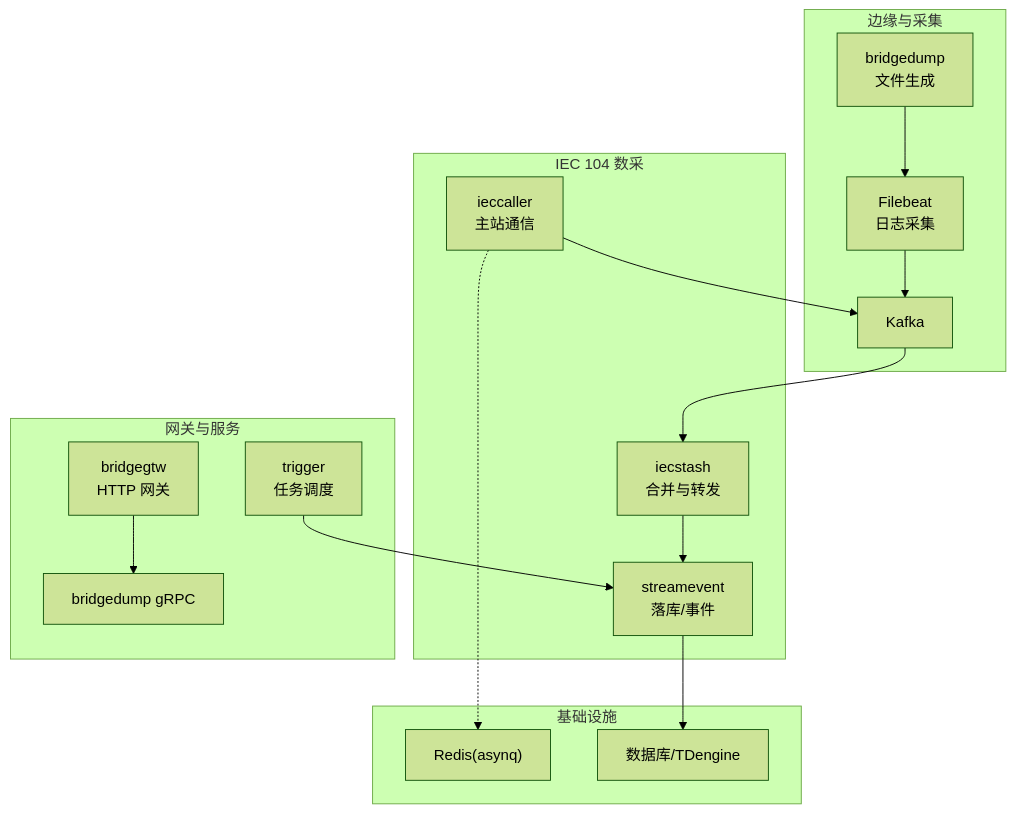
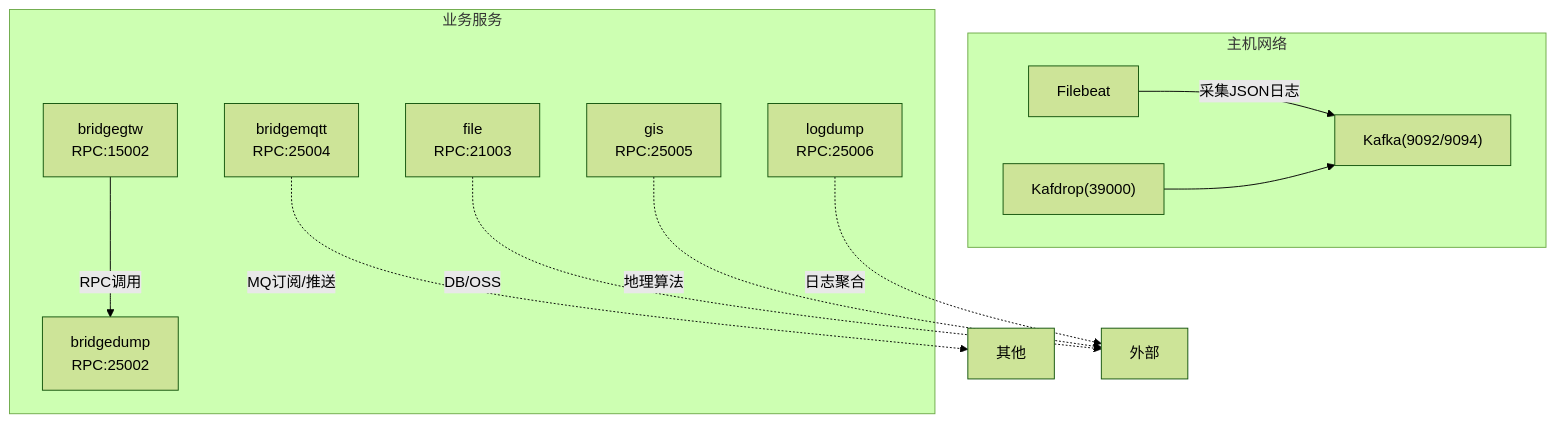
One commit to maomao94/zero-service changed the second of 6 diagrams in .qoder/repowiki/zh/content/部署与运维/部署与运维.md. Above: the diagram before and after it, drawn with Mermaid (forest theme). The commit also changed other lines of this file and 362 other files, not shown here.

````diff
--- a/.qoder/repowiki/zh/content/部署与运维/部署与运维.md
+++ b/.qoder/repowiki/zh/content/部署与运维/部署与运维.md
@@ -86,23 +126,23 @@
 ```mermaid
 graph TB
-subgraph "边缘与采集"
-BD["bridgedump<br/>文件生成"] --> FB["Filebeat<br/>日志采集"]
-FB --> K["Kafka"]
+subgraph "主机网络"
+KAF["Kafka(9092/9094)"]
+KDROP["Kafdrop(39000)"]
+FB["Filebeat"]
 end
-subgraph "IEC 104 数采"
-IC["ieccaller<br/>主站通信"] --> K
-K --> IS["iecstash<br/>合并与转发"]
-IS --> SE["streamevent<br/>落库/事件"]
+subgraph "业务服务"
+BGW["bridgegtw<br/>RPC:15002"]
+BDM["bridgedump<br/>RPC:25002"]
+BMQ["bridgemqtt<br/>RPC:25004"]
+FIL["file<br/>RPC:21003"]
+GIS["gis<br/>RPC:25005"]
+LOG["logdump<br/>RPC:25006"]
 end
-subgraph "网关与服务"
-BG["bridgegtw<br/>HTTP 网关"] --> BRD["bridgedump gRPC"]
-TR["trigger<br/>任务调度"] --> SE
-end
-subgraph "基础设施"
-K
-REDIS["Redis(asynq)"]
-DB["数据库/TDengine"]
-end
-IC -.-> REDIS
-SE --> DB
+FB --> |"采集JSON日志"| KAF
+BGW --> |"RPC调用"| BDM
+BMQ -.->|"MQ订阅/推送"| 其他
+FIL -.->|"DB/OSS"| 外部
+GIS -.->|"地理算法"| 外部
+LOG -.->|"日志聚合"| 外部
+KDROP --> KAF
 ```
````
